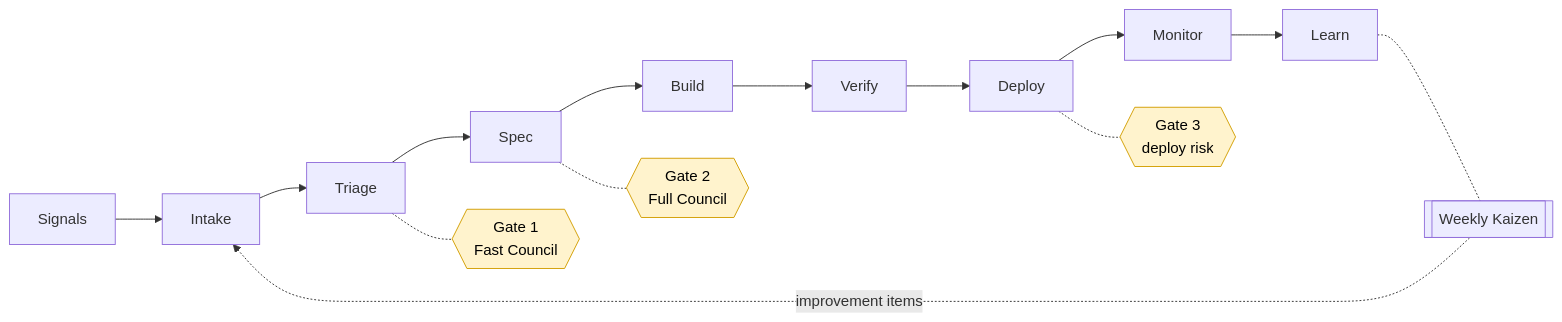
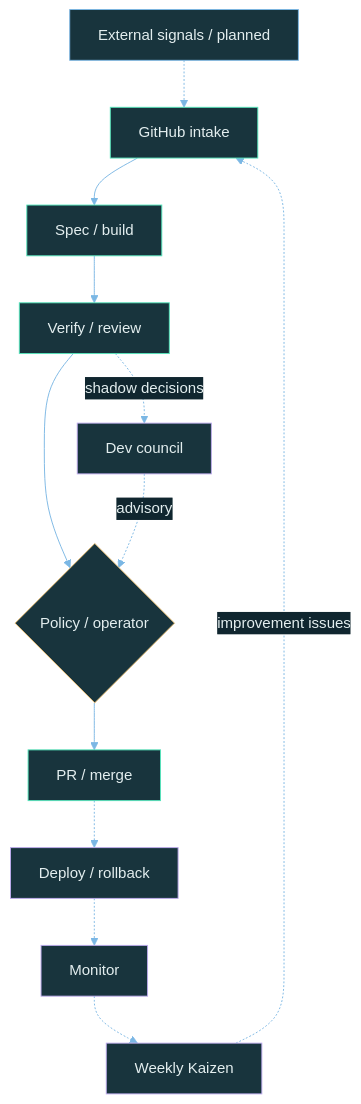
Before and after one commit to harry738/HyperSoftwareFactory: the fourth of 5 diagrams in README.md, drawn with Mermaid. The commit also changed other lines of this file, not shown here.

````diff
--- a/README.md
+++ b/README.md
@@ -202,13 +220,22 @@
 ```mermaid
-flowchart LR
-    S["Signals"] --> I["Intake"] --> T["Triage"] --> SP["Spec"] --> B["Build"] --> V["Verify"] --> D["Deploy"] --> M["Monitor"] --> L["Learn"]
-
-    T -.- G1{{"Gate 1<br/>Fast Council"}}
-    SP -.- G2{{"Gate 2<br/>Full Council"}}
-    D -.- G3{{"Gate 3<br/>deploy risk"}}
-    L -.- K[["Weekly Kaizen"]]
-    K -. "improvement items" .-> I
-
-    classDef gate fill:#fff3cd,stroke:#d39e00,color:#000
-    class G1,G2,G3 gate
+%%{init: {"theme":"base","themeVariables":{"background":"#091b23","primaryColor":"#18343d","primaryTextColor":"#e3eeef","primaryBorderColor":"#55e6bc","lineColor":"#7bb7e4","secondaryColor":"#10262f","tertiaryColor":"#10262f","clusterBkg":"#10262f","clusterBorder":"#3d7470","edgeLabelBackground":"#10262f","fontFamily":"monospace"}}}%%
+flowchart TD
+    S["External signals / planned"] -.-> I["GitHub intake"] --> B["Spec / build"] --> V["Verify / review"]
+    V --> A{"Policy / operator"}
+    A --> P["PR / merge"]
+    P -.-> D["Deploy / rollback"]
+    D -.-> M["Monitor"]
+    M -.-> K["Weekly Kaizen"]
+    K -. improvement issues .-> I
+    V -. shadow decisions .-> C["Dev council"]
+    C -. advisory .-> A
+    classDef factory fill:#18343d,stroke:#55e6bc,color:#e3eeef
+    classDef input fill:#18343d,stroke:#7bb7e4,color:#e3eeef
+    classDef decision fill:#18343d,stroke:#e8bc70,color:#e3eeef
+    classDef blocked fill:#18343d,stroke:#f27e75,color:#e3eeef
+    classDef learning fill:#18343d,stroke:#bdabed,color:#e3eeef
+    class S input
+    class I,B,V,P factory
+    class A decision
+    class C,D,M,K learning
 ```
````
